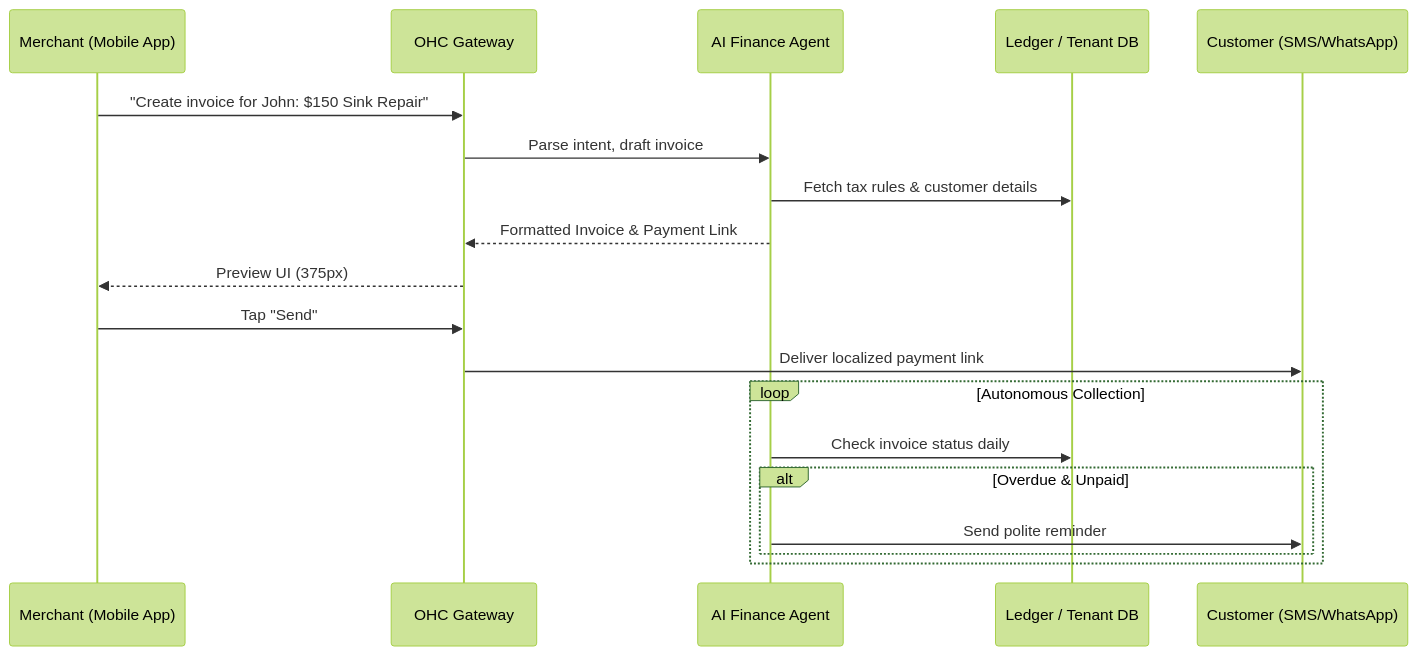
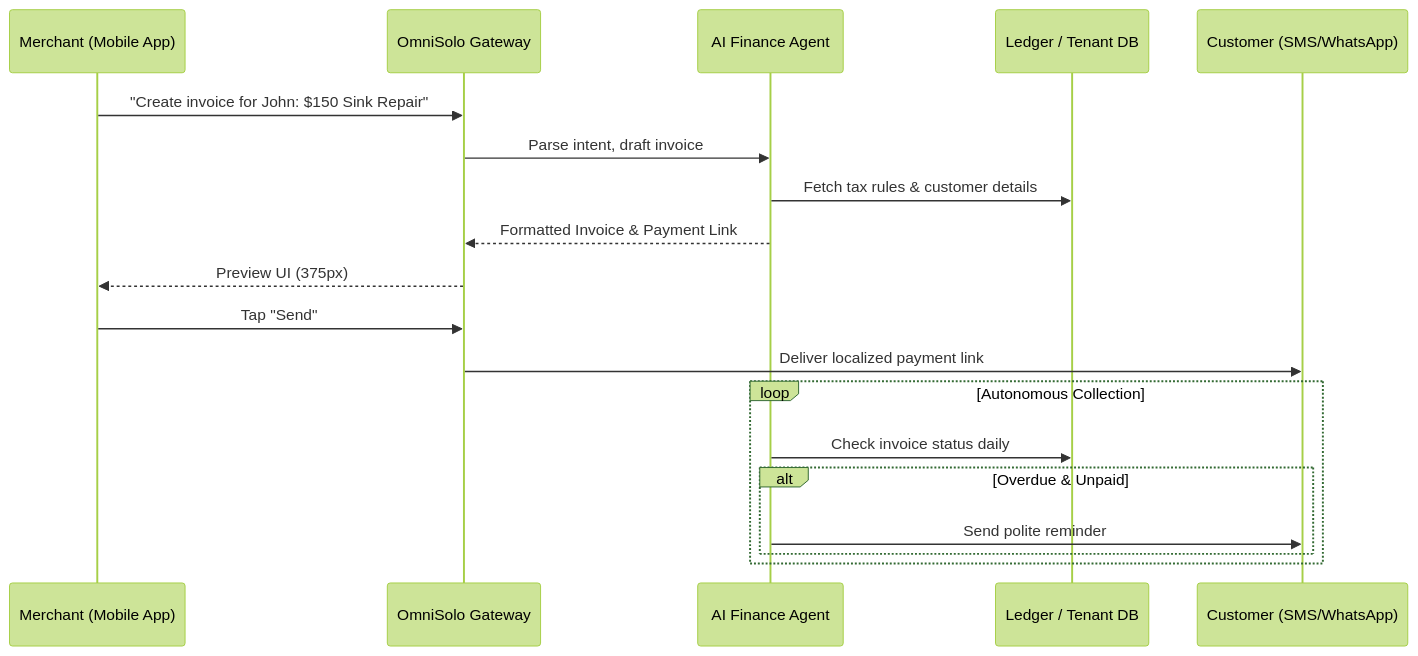
Before and after one commit to omnisolo-llc/onehumancorp: the second of 2 diagrams in docs/research/[finance]_instant_localized_invoicing.md, drawn with Mermaid (forest theme). The commit also changed other lines of this file and 2191 other files, not shown here.

Commit message:
feat: complete OmniSolo rename and browser audit

````diff
--- a/docs/research/[finance]_instant_localized_invoicing.md
+++ b/docs/research/[finance]_instant_localized_invoicing.md
@@ -54,23 +54,23 @@
 ```mermaid
 sequenceDiagram
     participant Merchant (Mobile App)
-    participant OHC Gateway
+    participant OmniSolo Gateway
     participant AI Finance Agent
     participant Ledger / Tenant DB
     participant Customer (SMS/WhatsApp)
 
-    Merchant (Mobile App)->>OHC Gateway: "Create invoice for John: $150 Sink Repair"
-    OHC Gateway->>AI Finance Agent: Parse intent, draft invoice
+    Merchant (Mobile App)->>OmniSolo Gateway: "Create invoice for John: $150 Sink Repair"
+    OmniSolo Gateway->>AI Finance Agent: Parse intent, draft invoice
     AI Finance Agent->>Ledger / Tenant DB: Fetch tax rules & customer details
-    AI Finance Agent-->>OHC Gateway: Formatted Invoice & Payment Link
-    OHC Gateway-->>Merchant (Mobile App): Preview UI (375px)
-    Merchant (Mobile App)->>OHC Gateway: Tap "Send"
-    OHC Gateway->>Customer (SMS/WhatsApp): Deliver localized payment link
+    AI Finance Agent-->>OmniSolo Gateway: Formatted Invoice & Payment Link
+    OmniSolo Gateway-->>Merchant (Mobile App): Preview UI (375px)
+    Merchant (Mobile App)->>OmniSolo Gateway: Tap "Send"
+    OmniSolo Gateway->>Customer (SMS/WhatsApp): Deliver localized payment link
 
     loop Autonomous Collection
         AI Finance Agent->>Ledger / Tenant DB: Check invoice status daily
         alt Overdue & Unpaid
             AI Finance Agent->>Customer (SMS/WhatsApp): Send polite reminder
         end
     end
 ```
````
